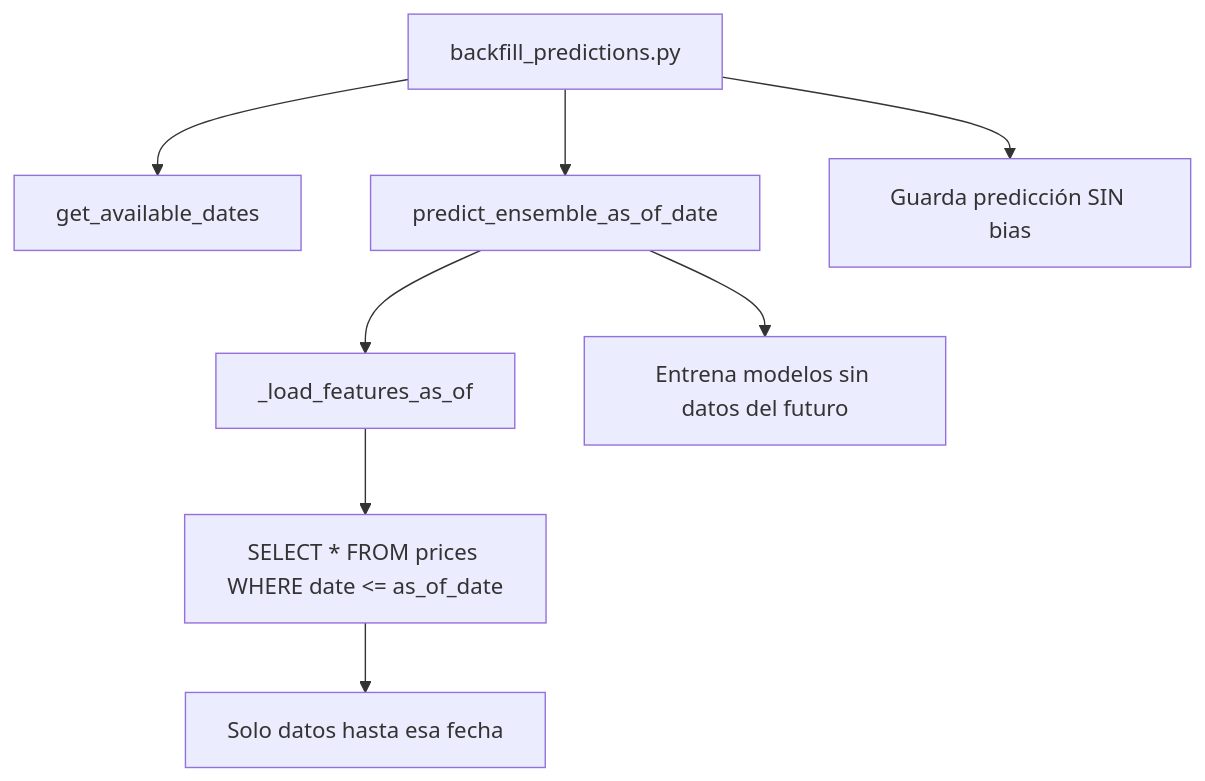
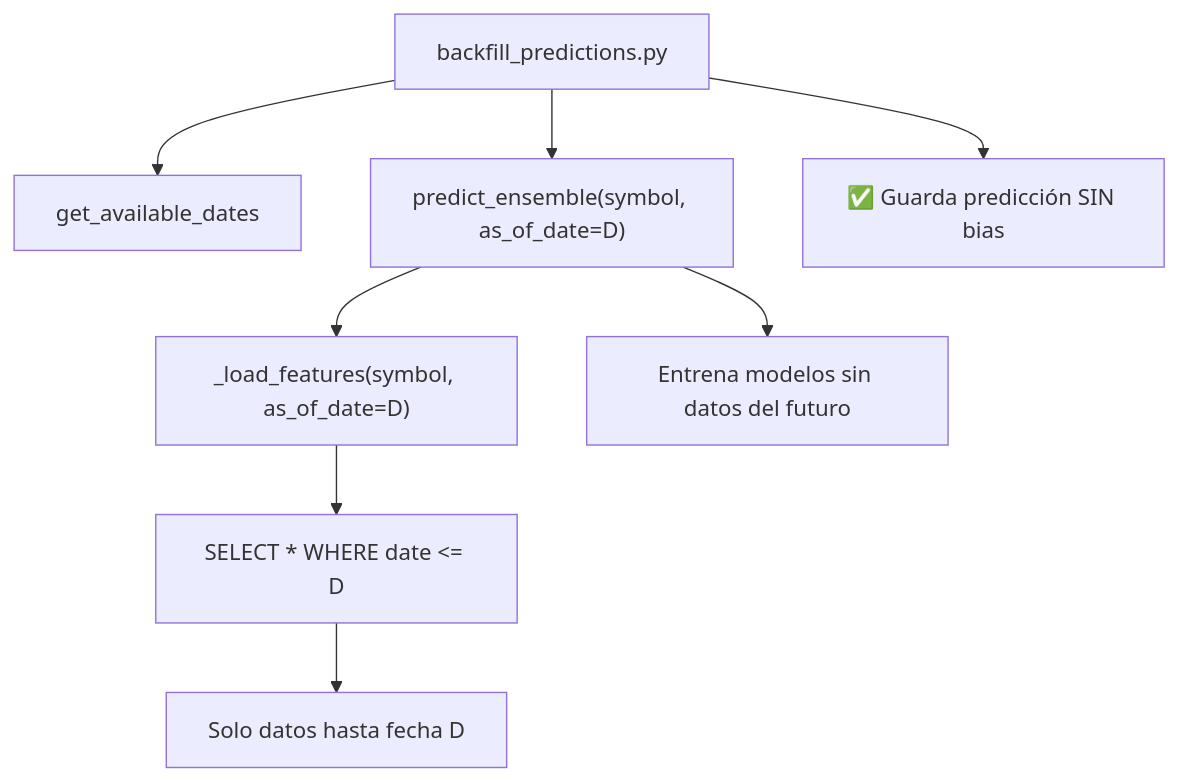
The diagram in BACKFILL_README.md (acastc03/PID_bolsa), drawn with Mermaid before and after one commit. The commit also changed other lines of this file and 5 other files, not shown here.

````diff
--- a/BACKFILL_README.md
+++ b/BACKFILL_README.md
@@ -55,10 +73,10 @@
 ```mermaid
 graph TD
     A[backfill_predictions.py] --> B[get_available_dates]
-    A --> C[predict_ensemble_as_of_date]
-    C --> D[_load_features_as_of]
-    D --> E[SELECT * FROM prices WHERE date <= as_of_date]
-    E --> F[Solo datos hasta esa fecha]
+    A --> C["predict_ensemble(symbol, as_of_date=D)"]
+    C --> D["_load_features(symbol, as_of_date=D)"]
+    D --> E["SELECT * WHERE date <= D"]
+    E --> F[Solo datos hasta fecha D]
     C --> G[Entrena modelos sin datos del futuro]
-    A --> H[Guarda predicción SIN bias]
+    A --> H[✅ Guarda predicción SIN bias]
 ```
````
